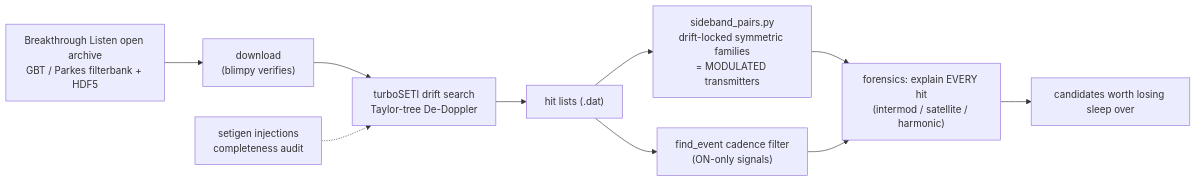
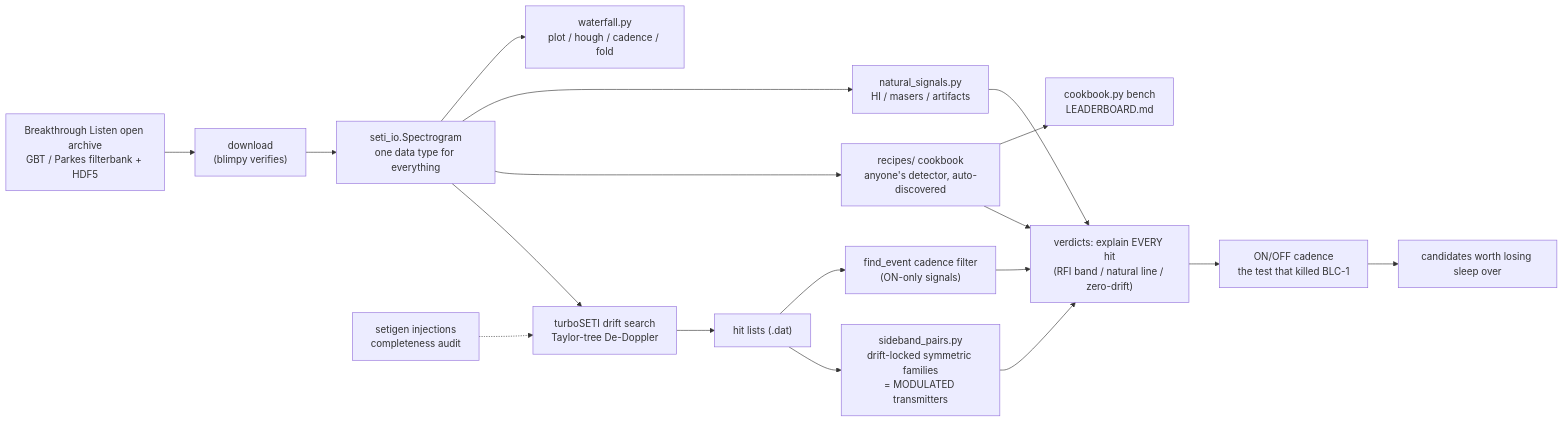
One commit to Felbs/setiTuna changed the diagram in README.md. Above: the diagram before and after it, drawn with Mermaid. The commit also changed other lines of this file and 1 other file, not shown here.

First line of the commit message:
README: recipe cookbook, waterfall views, real-data HI results, MCP privacy section

````diff
--- a/README.md
+++ b/README.md
@@ -51,12 +125,20 @@
 ```mermaid
 flowchart LR
   BL["Breakthrough Listen open archive<br/>GBT / Parkes filterbank + HDF5"] --> DL["download<br/>(blimpy verifies)"]
-  DL --> TS["turboSETI drift search<br/>Taylor-tree De-Doppler"]
+  DL --> IO["seti_io.Spectrogram<br/>one data type for everything"]
+  IO --> TS["turboSETI drift search<br/>Taylor-tree De-Doppler"]
   TS --> DAT["hit lists (.dat)"]
   DAT --> SB["sideband_pairs.py<br/>drift-locked symmetric families<br/>= MODULATED transmitters"]
   DAT --> FE["find_event cadence filter<br/>(ON-only signals)"]
-  SB --> VER["forensics: explain EVERY hit<br/>(intermod / satellite / harmonic)"]
+  IO --> RC["recipes/ cookbook<br/>anyone's detector, auto-discovered"]
+  IO --> NAT["natural_signals.py<br/>HI / masers / artifacts"]
+  RC --> VER["verdicts: explain EVERY hit<br/>(RFI band / natural line / zero-drift)"]
+  SB --> VER
   FE --> VER
-  VER --> CAND["candidates worth losing sleep over"]
+  NAT --> VER
+  VER --> CAD["ON/OFF cadence<br/>the test that killed BLC-1"]
+  CAD --> CAND["candidates worth losing sleep over"]
+  RC --> BENCH["cookbook.py bench<br/>LEADERBOARD.md"]
   INJ["setigen injections<br/>completeness audit"] -.-> TS
+  IO --> WF["waterfall.py<br/>plot / hough / cadence / fold"]
 ```
````
